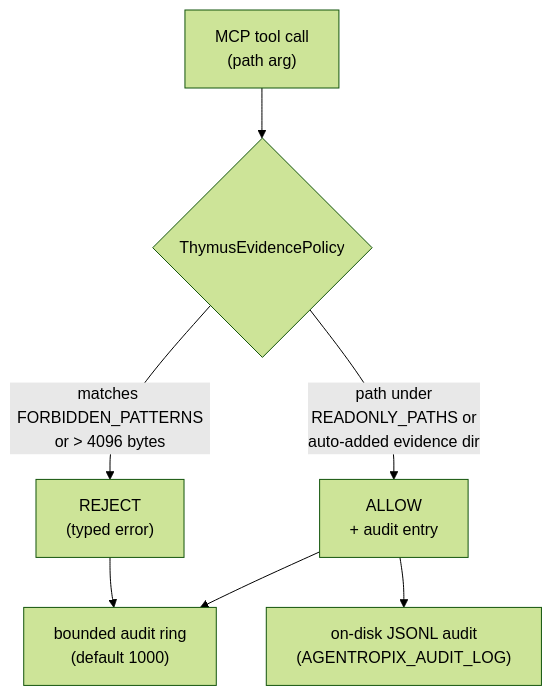
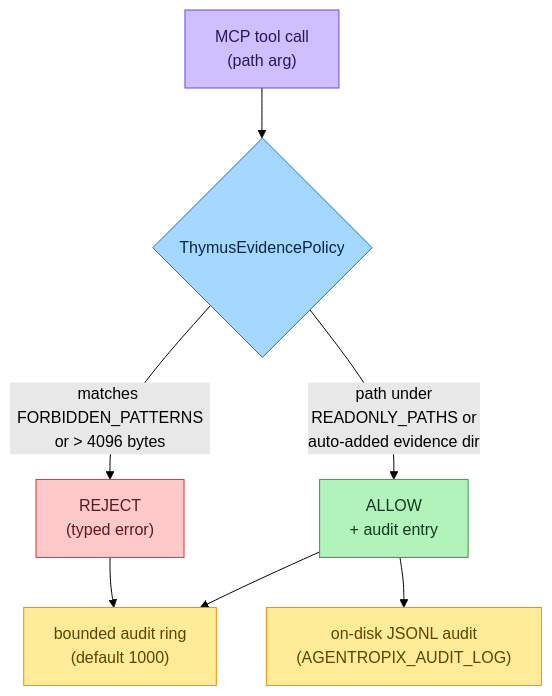
One commit to galvangabriel-web/agentropix-mcp changed the first of 2 diagrams in docs/07-sdlc-ops/security-model.md. Above: the diagram before and after it, drawn with Mermaid (forest theme). The commit also changed other lines of this file and 20 other files, not shown here.

First line of the commit message:
Diagram readability pass (workflow): redesign diagrams for size/clarity + audit log

````diff
--- a/docs/07-sdlc-ops/security-model.md
+++ b/docs/07-sdlc-ops/security-model.md
@@ -22,9 +22,21 @@
 ```mermaid
 graph TD
     Tool["MCP tool call<br/>(path arg)"] --> Chk{ThymusEvidencePolicy}
     Chk -->|"path under<br/>READONLY_PATHS or<br/>auto-added evidence dir"| Allow["ALLOW<br/>+ audit entry"]
     Chk -->|"matches FORBIDDEN_PATTERNS<br/>or > 4096 bytes"| Deny["REJECT<br/>(typed error)"]
     Allow --> Ring["bounded audit ring<br/>(default 1000)"]
     Allow --> JSONL["on-disk JSONL audit<br/>(AGENTROPIX_AUDIT_LOG)"]
     Deny --> Ring
+
+    classDef actor fill:#d0bfff,stroke:#7048e8,color:#2b1a52
+    classDef api fill:#a5d8ff,stroke:#1971c2,color:#0b2545
+    classDef core fill:#b2f2bb,stroke:#2f9e44,color:#15391f
+    classDef gov fill:#ffc9c9,stroke:#e03131,color:#5c1a1a
+    classDef sink fill:#ffec99,stroke:#f08c00,color:#5c4400
+
+    class Tool actor
+    class Chk api
+    class Allow core
+    class Deny gov
+    class Ring,JSONL sink
 ```
````
